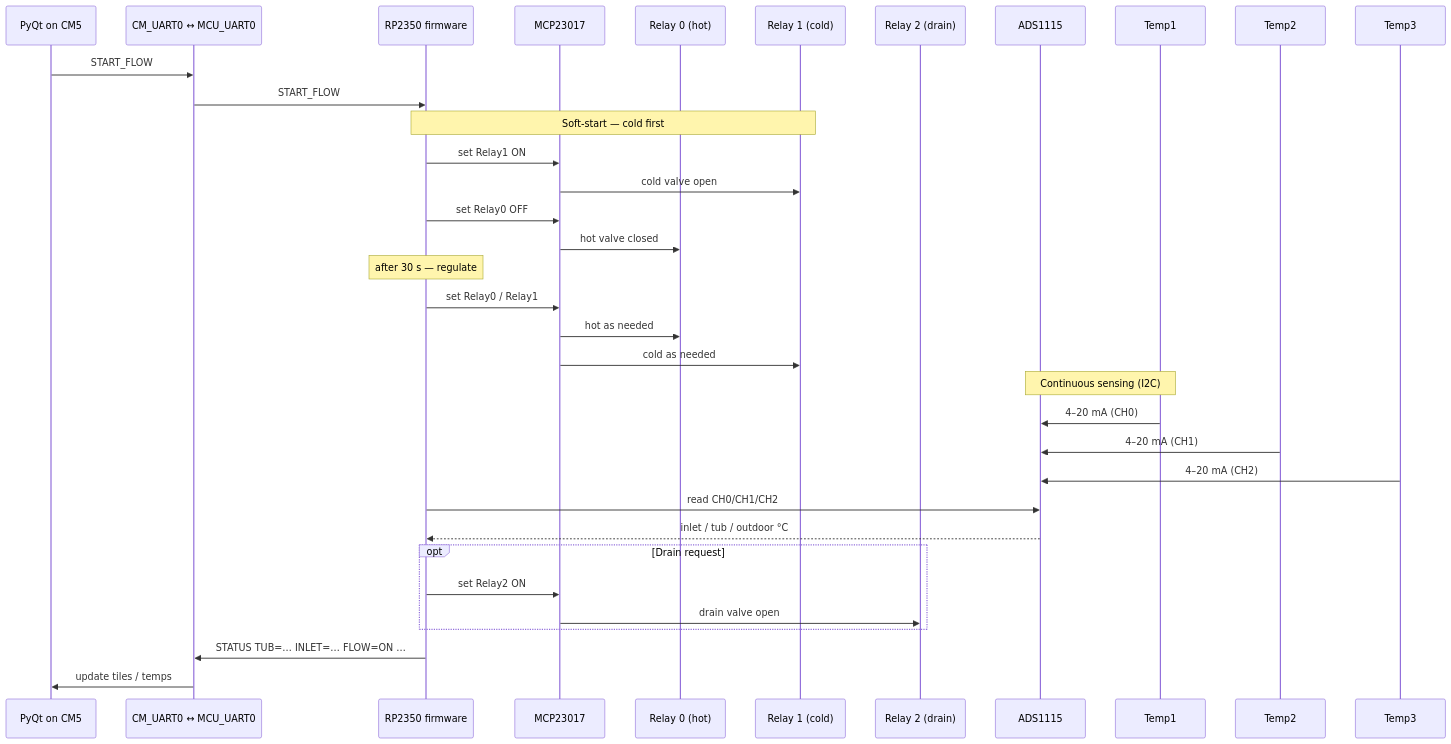
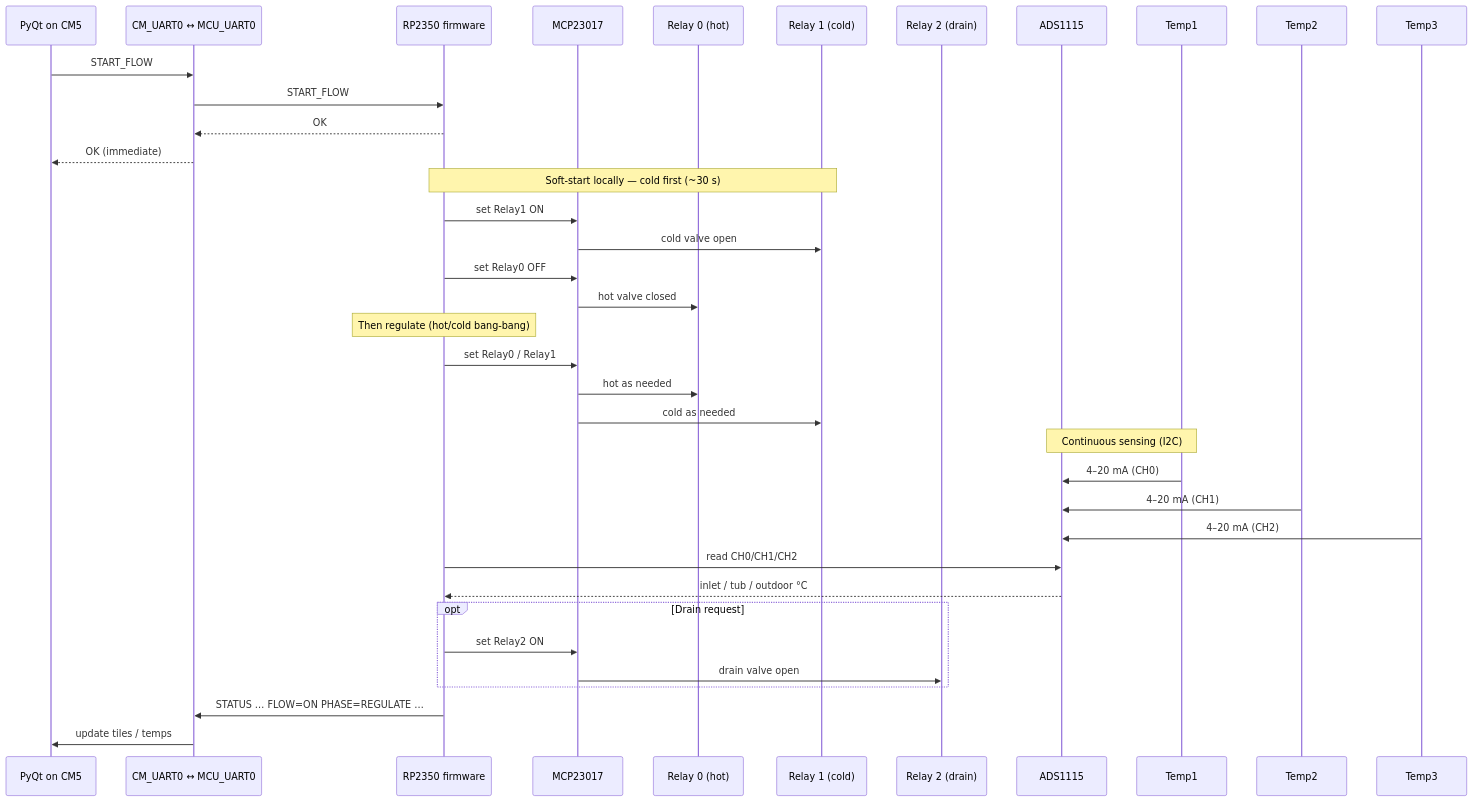
One commit to raspipcb/oddurboga-cm5-rp2350 changed the fifth of 5 diagrams in doc/diagrams.md. Above: the diagram before and after it, drawn with Mermaid. The commit also changed other lines of this file and 24 other files, not shown here.

````diff
--- a/doc/diagrams.md
+++ b/doc/diagrams.md
@@ -195,43 +197,45 @@
 ```mermaid
 sequenceDiagram
   participant UI as PyQt on CM5
   participant UART as CM_UART0 ↔ MCU_UART0
   participant FW as RP2350 firmware
   participant MCP as MCP23017
   participant R0 as Relay 0 (hot)
   participant R1 as Relay 1 (cold)
   participant R2 as Relay 2 (drain)
   participant ADS as ADS1115
   participant T1 as Temp1
   participant T2 as Temp2
   participant T3 as Temp3
 
   UI->>UART: START_FLOW
   UART->>FW: START_FLOW
+  FW-->>UART: OK
+  UART-->>UI: OK (immediate)
 
-  Note over FW,R1: Soft-start — cold first
+  Note over FW,R1: Soft-start locally — cold first (~30 s)
   FW->>MCP: set Relay1 ON
   MCP->>R1: cold valve open
   FW->>MCP: set Relay0 OFF
   MCP->>R0: hot valve closed
 
-  Note over FW: after 30 s — regulate
+  Note over FW: Then regulate (hot/cold bang-bang)
   FW->>MCP: set Relay0 / Relay1
   MCP->>R0: hot as needed
   MCP->>R1: cold as needed
 
   Note over T1,ADS: Continuous sensing (I2C)
   T1->>ADS: 4–20 mA (CH0)
   T2->>ADS: 4–20 mA (CH1)
   T3->>ADS: 4–20 mA (CH2)
   FW->>ADS: read CH0/CH1/CH2
   ADS-->>FW: inlet / tub / outdoor °C
 
   opt Drain request
     FW->>MCP: set Relay2 ON
     MCP->>R2: drain valve open
   end
 
-  FW->>UART: STATUS TUB=… INLET=… FLOW=ON …
+  FW->>UART: STATUS … FLOW=ON PHASE=REGULATE …
   UART->>UI: update tiles / temps
 ```
````
